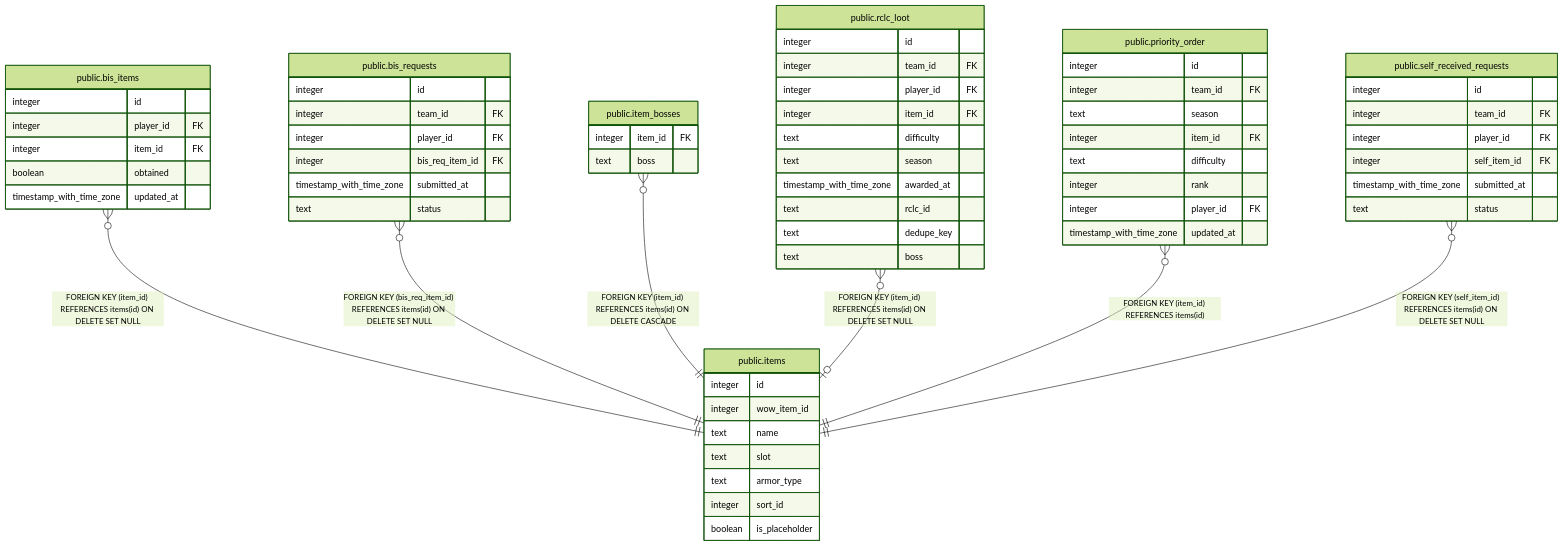
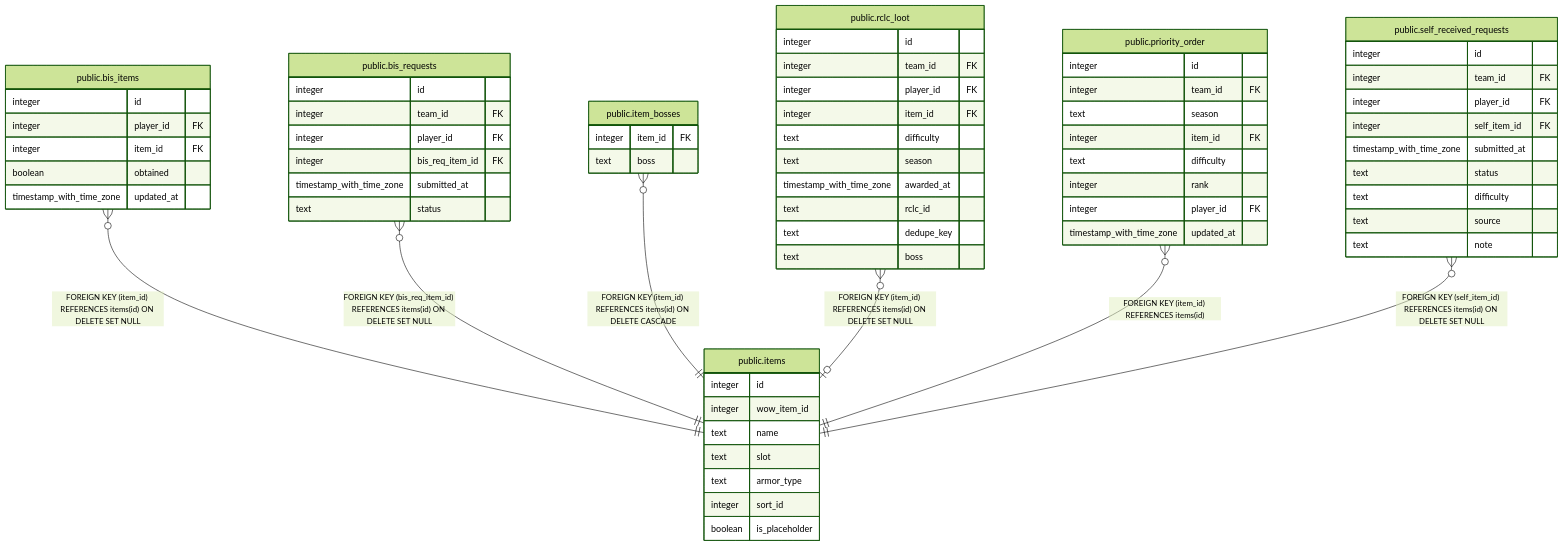
The diagram in dbdoc/public.items.md (katogaming88/WGA-Raid-Hub), drawn with Mermaid (forest theme) before and after one commit. The commit also changed 12 other files, not shown here.

````diff
--- a/dbdoc/public.items.md
+++ b/dbdoc/public.items.md
@@ -31,69 +31,72 @@
 ```mermaid
 erDiagram
 
 "public.bis_items" }o--|| "public.items" : "FOREIGN KEY (item_id) REFERENCES items(id) ON DELETE SET NULL"
 "public.bis_requests" }o--|| "public.items" : "FOREIGN KEY (bis_req_item_id) REFERENCES items(id) ON DELETE SET NULL"
 "public.item_bosses" }o--|| "public.items" : "FOREIGN KEY (item_id) REFERENCES items(id) ON DELETE CASCADE"
 "public.rclc_loot" }o--o| "public.items" : "FOREIGN KEY (item_id) REFERENCES items(id) ON DELETE SET NULL"
 "public.priority_order" }o--|| "public.items" : "FOREIGN KEY (item_id) REFERENCES items(id)"
 "public.self_received_requests" }o--|| "public.items" : "FOREIGN KEY (self_item_id) REFERENCES items(id) ON DELETE SET NULL"
 
 "public.items" {
   integer id
   integer wow_item_id
   text name
   text slot
   text armor_type
   integer sort_id
   boolean is_placeholder
 }
 "public.bis_items" {
   integer id
   integer player_id FK
   integer item_id FK
   boolean obtained
   timestamp_with_time_zone updated_at
 }
 "public.bis_requests" {
   integer id
   integer team_id FK
   integer player_id FK
   integer bis_req_item_id FK
   timestamp_with_time_zone submitted_at
   text status
 }
 "public.item_bosses" {
   integer item_id FK
   text boss
 }
 "public.rclc_loot" {
   integer id
   integer team_id FK
   integer player_id FK
   integer item_id FK
   text difficulty
   text season
   timestamp_with_time_zone awarded_at
   text rclc_id
   text dedupe_key
   text boss
 }
 "public.priority_order" {
   integer id
   integer team_id FK
   text season
   integer item_id FK
   text difficulty
   integer rank
   integer player_id FK
   timestamp_with_time_zone updated_at
 }
 "public.self_received_requests" {
   integer id
   integer team_id FK
   integer player_id FK
   integer self_item_id FK
   timestamp_with_time_zone submitted_at
   text status
+  text difficulty
+  text source
+  text note
 }
 ```
````
